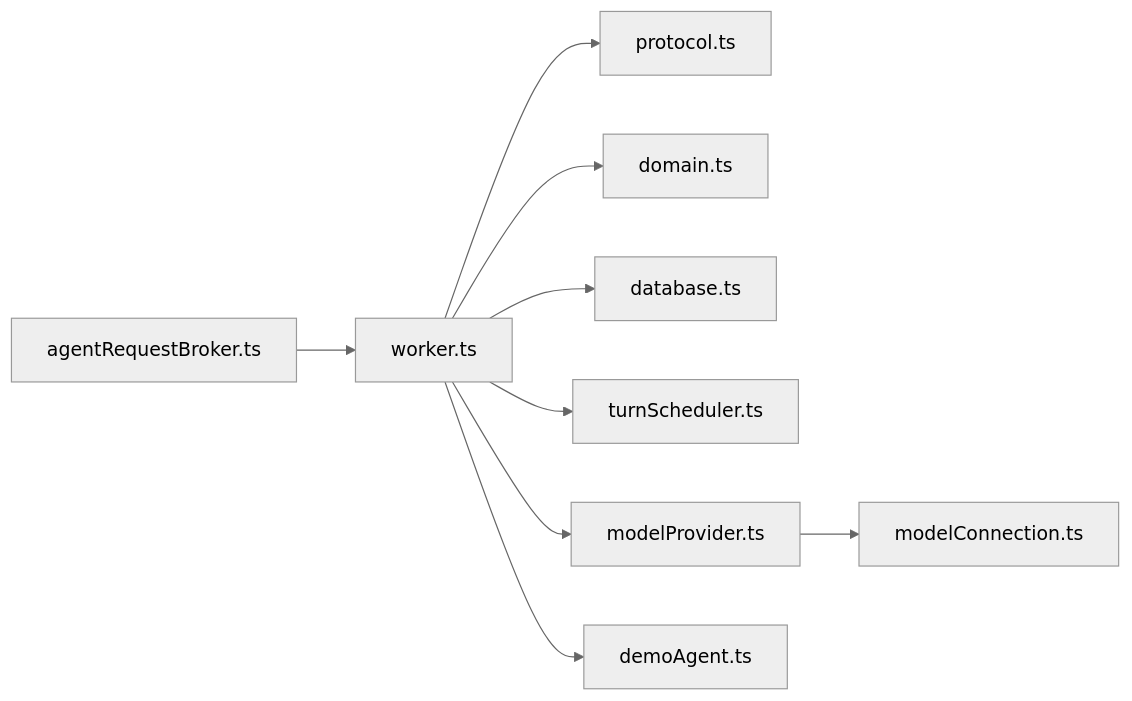
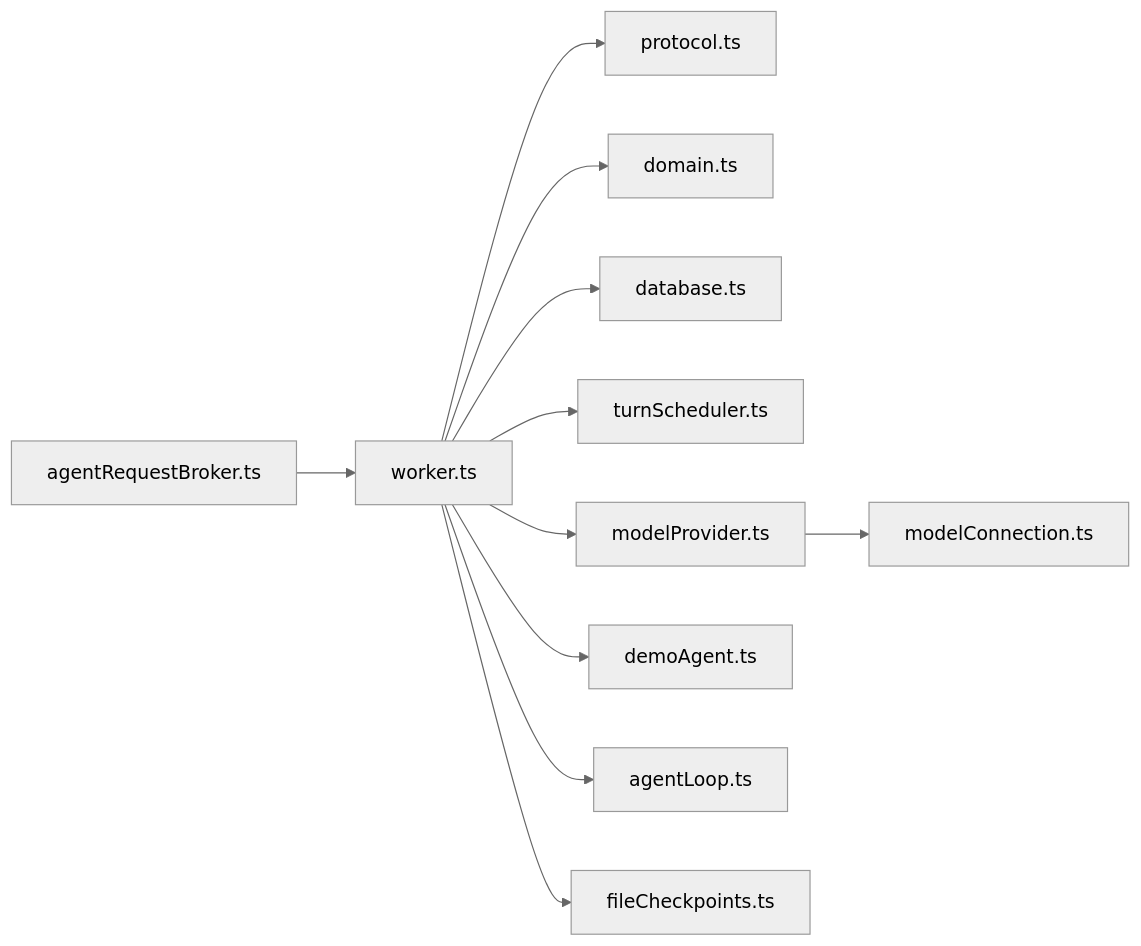
The sixth of 6 diagrams in .qoder/repowiki/zh/content/项目概述/核心特性/并发控制和任务调度/工作进程生命周期管理.md (dyx-9163/ai-aifar), drawn with Mermaid (neutral theme) before and after one commit. The commit also changed other lines of this file and 37 other files, not shown here.

````diff
--- a/.qoder/repowiki/zh/content/项目概述/核心特性/并发控制和任务调度/工作进程生命周期管理.md
+++ b/.qoder/repowiki/zh/content/项目概述/核心特性/并发控制和任务调度/工作进程生命周期管理.md
@@ -278,11 +338,13 @@
 ```mermaid
 graph LR
 Worker["worker.ts"] --> Protocol["protocol.ts"]
 Worker --> Domain["domain.ts"]
 Worker --> DB["database.ts"]
 Worker --> Sched["turnScheduler.ts"]
 Worker --> Provider["modelProvider.ts"]
 Worker --> Demo["demoAgent.ts"]
+Worker --> Loop["agentLoop.ts"]
+Worker --> Checkpoints["fileCheckpoints.ts"]
 Broker["agentRequestBroker.ts"] --> Worker
 Provider --> Conn["modelConnection.ts"]
 ```
````
